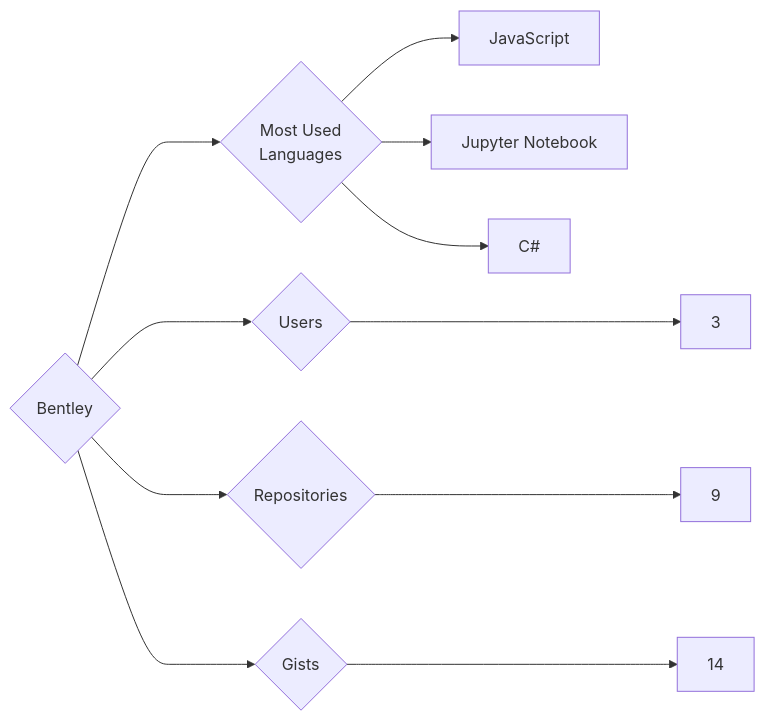
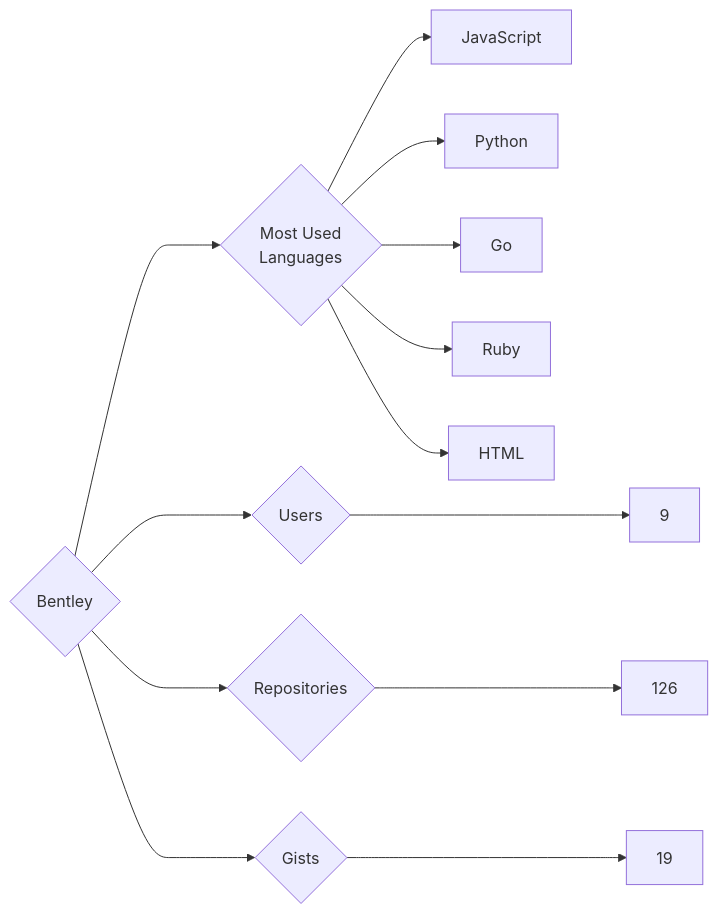
One commit to trickest/insiders changed the diagram in targets/Bentley/README.md. Above: the diagram before and after it, drawn with Mermaid. The commit also changed 1195 other files, not shown here.

````diff
--- a/targets/Bentley/README.md
+++ b/targets/Bentley/README.md
@@ -3,11 +3,13 @@
 ```mermaid
 graph LR
 COMPANY_NAME{Bentley}
-COMPANY_NAME ---> U{Users} ---> UN[3]
-COMPANY_NAME ---> R{Repositories} ---> RN[9]
-COMPANY_NAME ---> G{Gists} ---> GN[14]
+COMPANY_NAME ---> U{Users} ---> UN[9]
+COMPANY_NAME ---> R{Repositories} ---> RN[126]
+COMPANY_NAME ---> G{Gists} ---> GN[19]
 COMPANY_NAME ---> ML{Most Used<br>Languages}
 ML --> JavaScript[JavaScript]
-ML --> Jupyter_Notebook[Jupyter Notebook]
-ML --> C#[C#]
+ML --> Python[Python]
+ML --> Go[Go]
+ML --> Ruby[Ruby]
+ML --> HTML[HTML]
 ```
````
